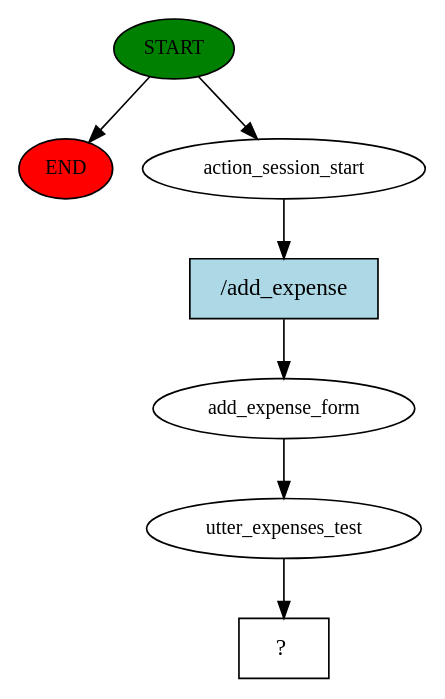
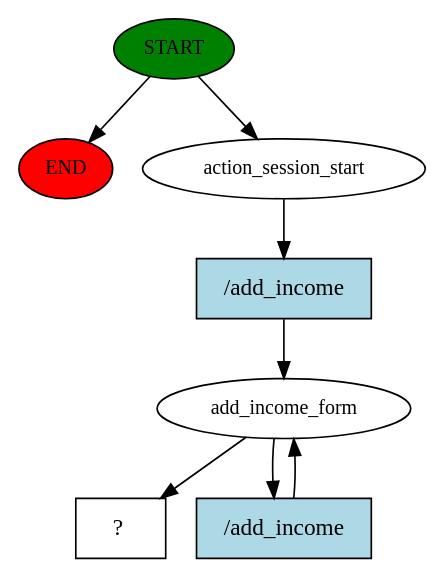
The diagram in story_graph.dot (joey1123455/spendify_nlu), drawn with Graphviz before and after one commit. The commit also changed 591 other files, not shown here.

```diff
--- a/story_graph.dot
+++ b/story_graph.dot
@@ -1,15 +1,16 @@
 digraph  {
 0 [class="start active", fillcolor=green, fontsize=12, label=START, style=filled];
 "-1" [class=end, fillcolor=red, fontsize=12, label=END, style=filled];
 1 [class=active, fontsize=12, label=action_session_start];
-2 [class=active, fontsize=12, label=add_expense_form];
-3 [class=active, fontsize=12, label=utter_expenses_test];
+2 [class=active, fontsize=12, label=add_income_form];
 4 [class="intent dashed active", label="  ?  ", shape=rect];
-5 [class="intent active", fillcolor=lightblue, label="/add_expense", shape=rect, style=filled];
+5 [class="intent active", fillcolor=lightblue, label="/add_income", shape=rect, style=filled];
+6 [class="intent active", fillcolor=lightblue, label="/add_income", shape=rect, style=filled];
 0 -> "-1"  [class="", key=NONE, label=""];
 0 -> 1  [class=active, key=NONE, label=""];
 1 -> 5  [class=active, key=0];
-2 -> 3  [class=active, key=NONE, label=""];
-3 -> 4  [class=active, key=NONE, label=""];
+2 -> 4  [class=active, key=NONE, label=""];
+2 -> 6  [class=active, key=0];
 5 -> 2  [class=active, key=0];
+6 -> 2  [class=active, key=0];
 }
```
